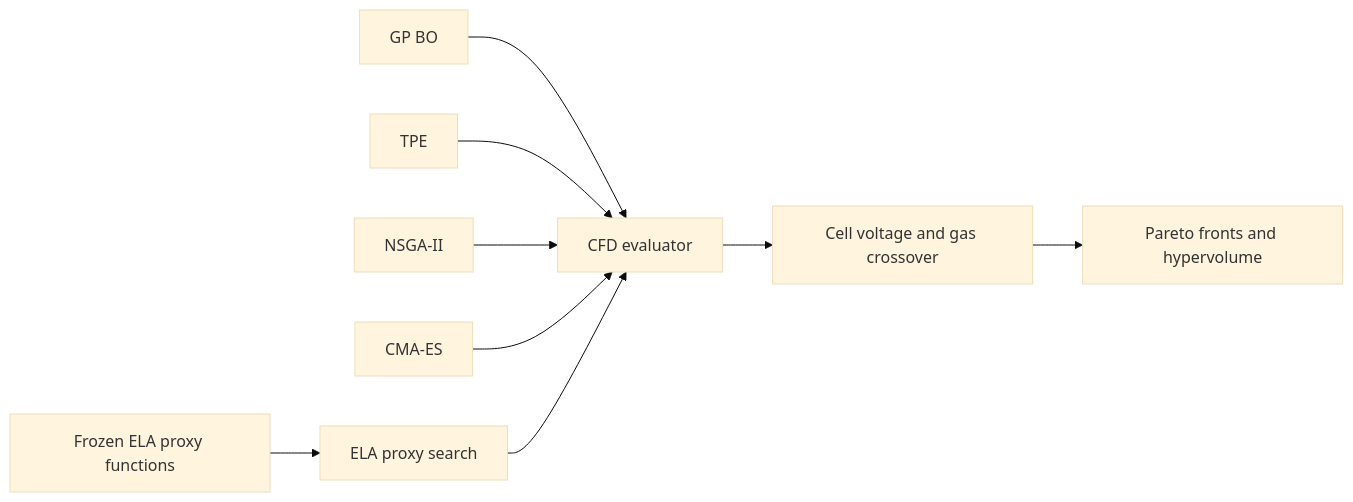
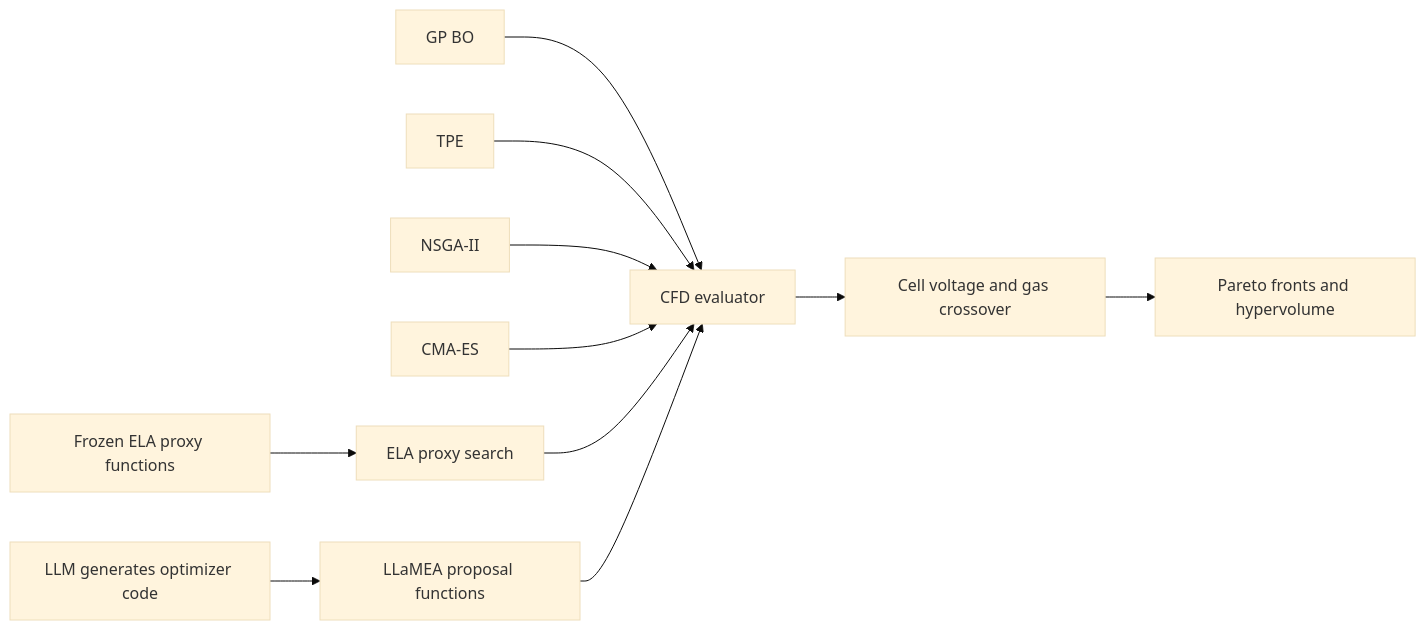
One commit to Proskahn/AEMEC changed the diagram in benchmark/README.md. Above: the diagram before and after it, drawn with Mermaid (base theme). The commit also changed other lines of this file and 39 other files, not shown here.

````diff
--- a/benchmark/README.md
+++ b/benchmark/README.md
@@ -8,11 +8,13 @@
 ```mermaid
 flowchart LR
   GP[GP BO] --> CFD[CFD evaluator]
   TPE[TPE] --> CFD
   NSGA[NSGA-II] --> CFD
   CMA[CMA-ES] --> CFD
   P[Frozen ELA proxy functions] --> ELA[ELA proxy search]
   ELA --> CFD
+  LLM[LLM generates optimizer code] --> LM[LLaMEA proposal functions]
+  LM --> CFD
   CFD --> Y[Cell voltage and gas crossover]
   Y --> M[Pareto fronts and hypervolume]
 ```
````
